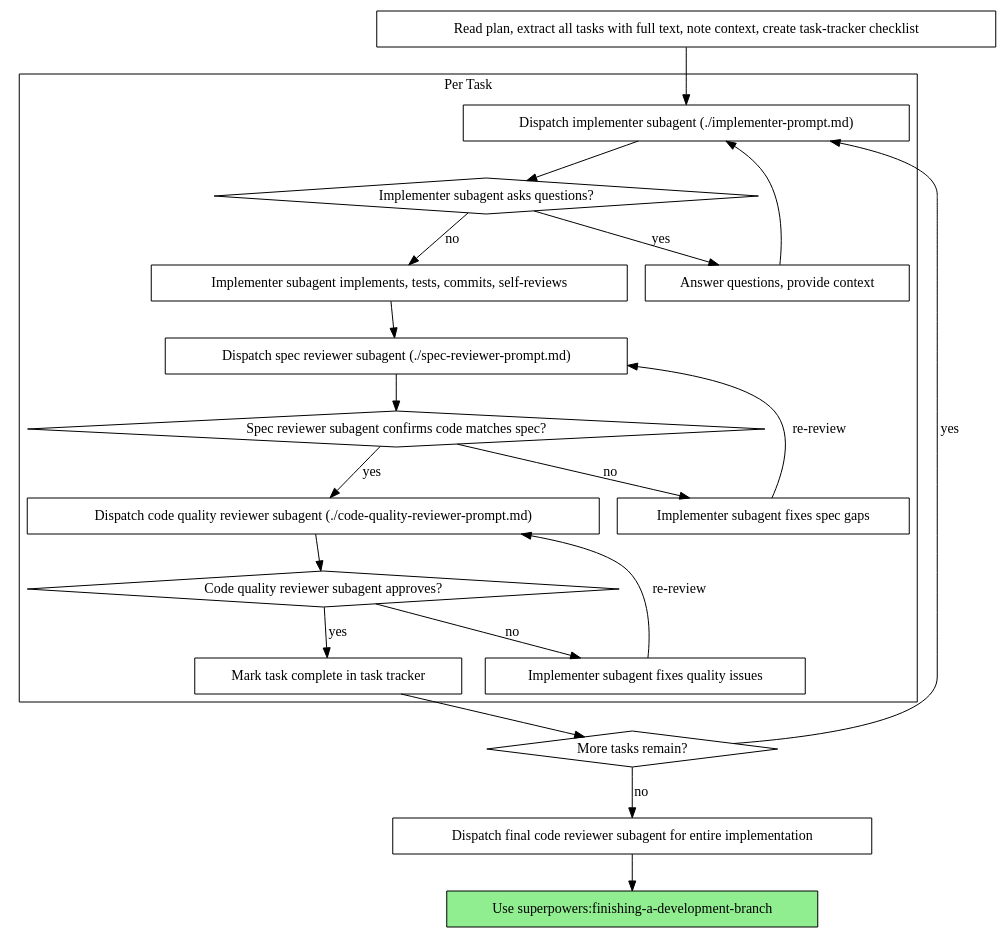
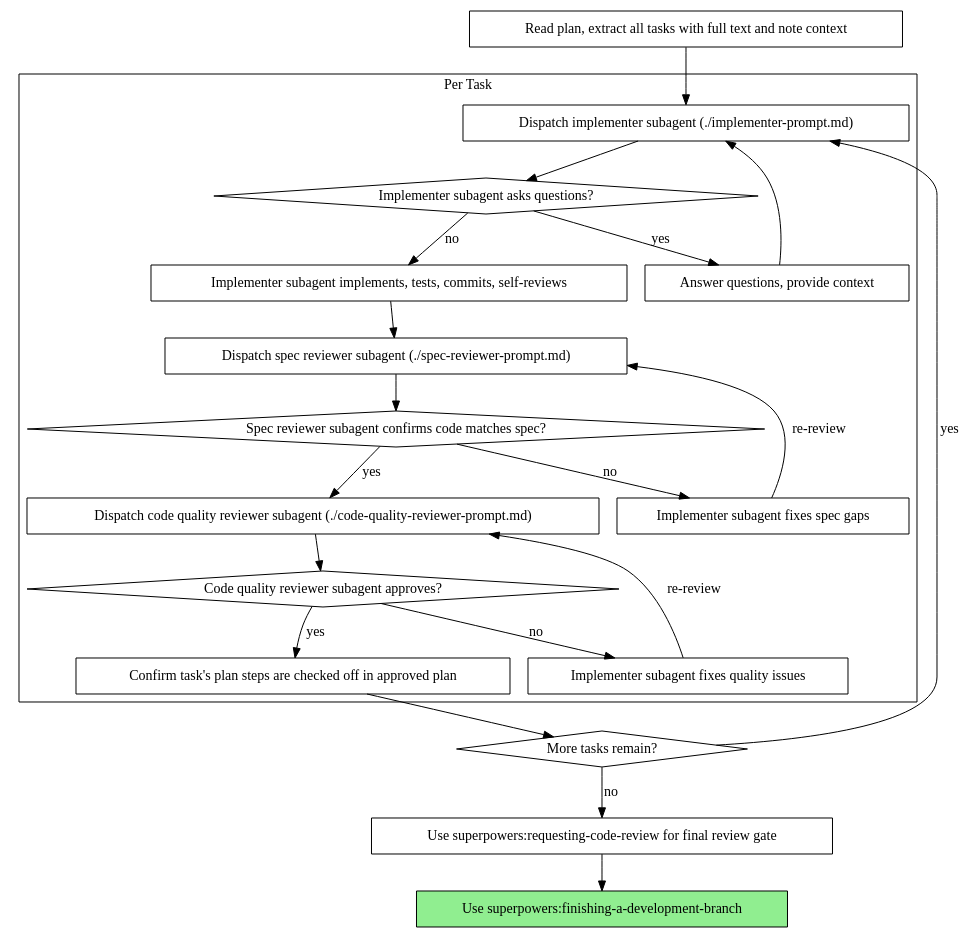
Before and after one commit to obra/superpowers: the second of 2 diagrams in skills/subagent-driven-development/SKILL.md, drawn with Graphviz. The commit also changed other lines of this file and 48 other files, not shown here.

````diff
--- a/skills/subagent-driven-development/SKILL.md
+++ b/skills/subagent-driven-development/SKILL.md
@@ -129,44 +129,44 @@
 ```dot
 digraph process {
     rankdir=TB;
 
     subgraph cluster_per_task {
         label="Per Task";
         "Dispatch implementer subagent (./implementer-prompt.md)" [shape=box];
         "Implementer subagent asks questions?" [shape=diamond];
         "Answer questions, provide context" [shape=box];
         "Implementer subagent implements, tests, commits, self-reviews" [shape=box];
         "Dispatch spec reviewer subagent (./spec-reviewer-prompt.md)" [shape=box];
         "Spec reviewer subagent confirms code matches spec?" [shape=diamond];
         "Implementer subagent fixes spec gaps" [shape=box];
         "Dispatch code quality reviewer subagent (./code-quality-reviewer-prompt.md)" [shape=box];
         "Code quality reviewer subagent approves?" [shape=diamond];
         "Implementer subagent fixes quality issues" [shape=box];
-        "Mark task complete in task tracker" [shape=box];
+        "Confirm task's plan steps are checked off in approved plan" [shape=box];
     }
 
-    "Read plan, extract all tasks with full text, note context, create task-tracker checklist" [shape=box];
+    "Read plan, extract all tasks with full text and note context" [shape=box];
     "More tasks remain?" [shape=diamond];
-    "Dispatch final code reviewer subagent for entire implementation" [shape=box];
+    "Use superpowers:requesting-code-review for final review gate" [shape=box];
     "Use superpowers:finishing-a-development-branch" [shape=box style=filled fillcolor=lightgreen];
 
-    "Read plan, extract all tasks with full text, note context, create task-tracker checklist" -> "Dispatch implementer subagent (./implementer-prompt.md)";
+    "Read plan, extract all tasks with full text and note context" -> "Dispatch implementer subagent (./implementer-prompt.md)";
     "Dispatch implementer subagent (./implementer-prompt.md)" -> "Implementer subagent asks questions?";
     "Implementer subagent asks questions?" -> "Answer questions, provide context" [label="yes"];
     "Answer questions, provide context" -> "Dispatch implementer subagent (./implementer-prompt.md)";
     "Implementer subagent asks questions?" -> "Implementer subagent implements, tests, commits, self-reviews" [label="no"];
     "Implementer subagent implements, tests, commits, self-reviews" -> "Dispatch spec reviewer subagent (./spec-reviewer-prompt.md)";
     "Dispatch spec reviewer subagent (./spec-reviewer-prompt.md)" -> "Spec reviewer subagent confirms code matches spec?";
     "Spec reviewer subagent confirms code matches spec?" -> "Implementer subagent fixes spec gaps" [label="no"];
     "Implementer subagent fixes spec gaps" -> "Dispatch spec reviewer subagent (./spec-reviewer-prompt.md)" [label="re-review"];
     "Spec reviewer subagent confirms code matches spec?" -> "Dispatch code quality reviewer subagent (./code-quality-reviewer-prompt.md)" [label="yes"];
     "Dispatch code quality reviewer subagent (./code-quality-reviewer-prompt.md)" -> "Code quality reviewer subagent approves?";
     "Code quality reviewer subagent approves?" -> "Implementer subagent fixes quality issues" [label="no"];
     "Implementer subagent fixes quality issues" -> "Dispatch code quality reviewer subagent (./code-quality-reviewer-prompt.md)" [label="re-review"];
-    "Code quality reviewer subagent approves?" -> "Mark task complete in task tracker" [label="yes"];
-    "Mark task complete in task tracker" -> "More tasks remain?";
+    "Code quality reviewer subagent approves?" -> "Confirm task's plan steps are checked off in approved plan" [label="yes"];
+    "Confirm task's plan steps are checked off in approved plan" -> "More tasks remain?";
     "More tasks remain?" -> "Dispatch implementer subagent (./implementer-prompt.md)" [label="yes"];
-    "More tasks remain?" -> "Dispatch final code reviewer subagent for entire implementation" [label="no"];
-    "Dispatch final code reviewer subagent for entire implementation" -> "Use superpowers:finishing-a-development-branch";
+    "More tasks remain?" -> "Use superpowers:requesting-code-review for final review gate" [label="no"];
+    "Use superpowers:requesting-code-review for final review gate" -> "Use superpowers:finishing-a-development-branch";
 }
 ```
````
